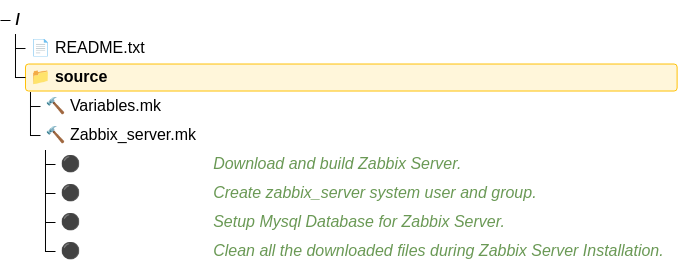
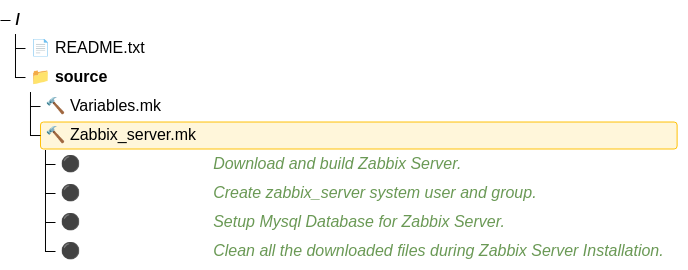
The diagram in README.md (Zai4ikManiak/Cyber-Security-Study), drawn with Mermaid before and after one commit.

Commit message:
modified:   README.md

````diff
--- a/README.md
+++ b/README.md
@@ -2,17 +2,17 @@
 ```mermaid
 ---
 config:
     treeView:
         showIcons: false
         defaultIconPack: material-icon-theme
 ---
 treeView-beta
     📄 README.txt
-    📁 source/ :::highlight
+    📁 source/ 
         🔨 Variables.mk
-        🔨 Zabbix_server.mk
+        🔨 Zabbix_server.mk :::highlight
             ⚫ ## Download and build Zabbix Server.
             ⚫ ## Create zabbix_server system user and group.
             ⚫ ## Setup Mysql Database for Zabbix Server.
             ⚫ ## Clean all the downloaded files during Zabbix Server Installation.
 ```
````
